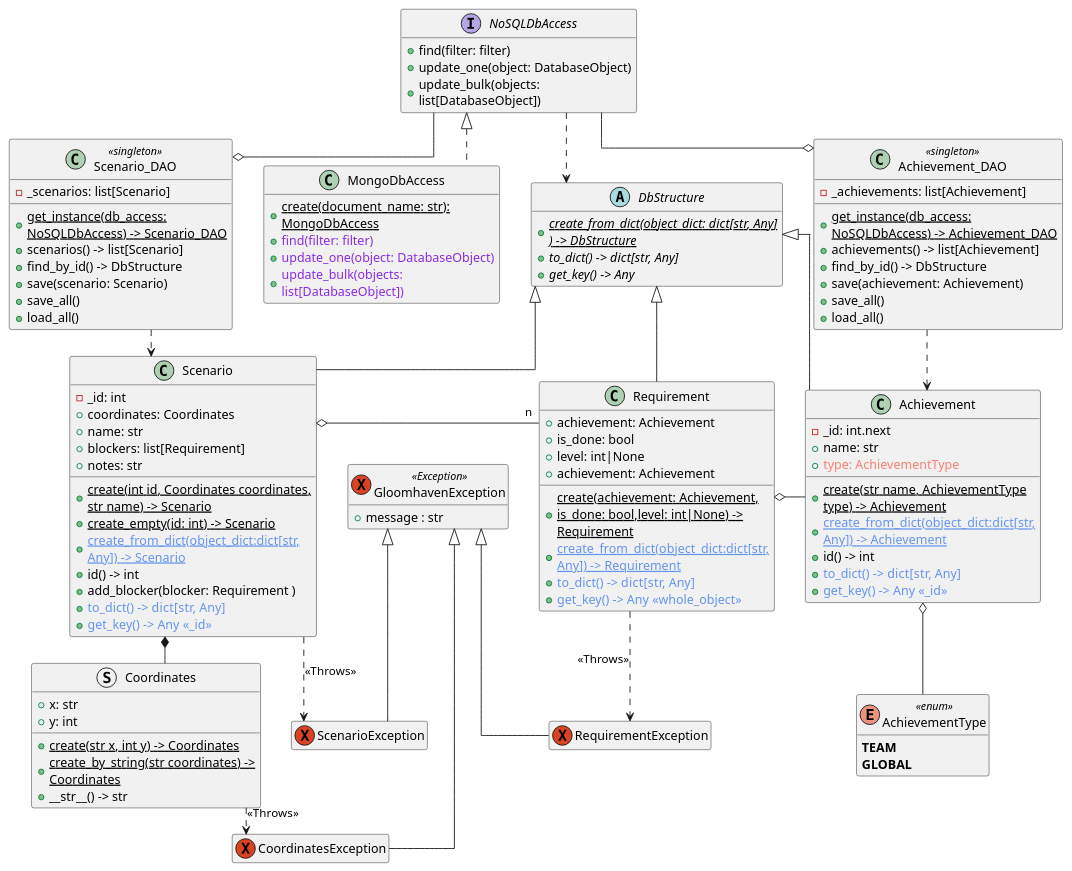
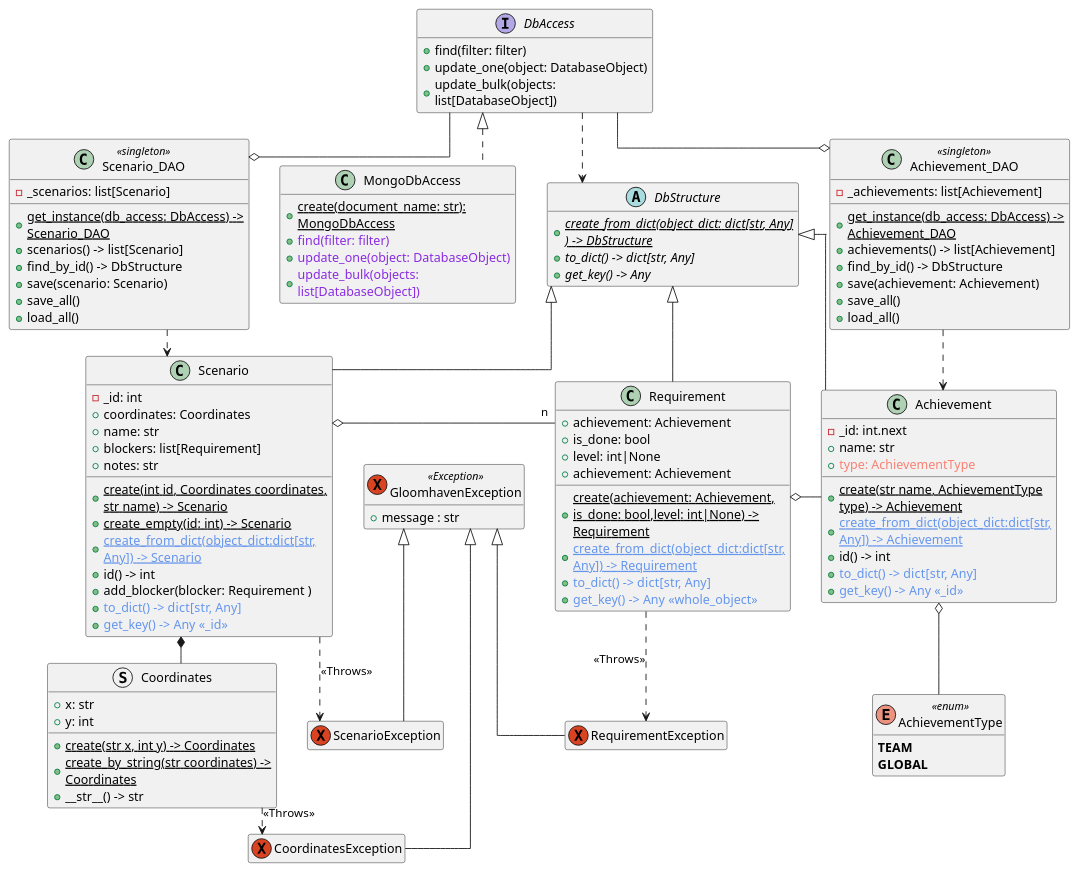
The diagram in gloomhaven_pckg.wsd (DeXo2940/gloomhavenMapMapper), drawn with PlantUML before and after one commit.

Commit message:
Name change in the UML

```diff
--- a/gloomhaven_pckg.wsd
+++ b/gloomhaven_pckg.wsd
@@ -1,137 +1,137 @@
 @startuml GloomhavenUML
     hide empty members
     skinparam {
         linetype ortho
         wrapWidth 260
         ' default 60, line length
         ranksep 30
         ' default 35, separation of boxes
         nodesep 35
     }
     
     abstract DbStructure {
         +{abstract}{static}create_from_dict(object_dict: dict[str, Any] ) -> DbStructure 
         +{abstract}to_dict() -> dict[str, Any]
         +{abstract}get_key() -> Any
     }
 
     class Scenario extends DbStructure{
         -_id: int
         +coordinates: Coordinates
         +name: str 
         +blockers: list[Requirement]
         +notes: str
 
         +{static}create(int id, Coordinates coordinates, str name) -> Scenario
         +{static}create_empty(id: int) -> Scenario
         +<color:#CornflowerBlue>{static}create_from_dict(object_dict:dict[str, Any]) -> Scenario
         +id() -> int 
         +add_blocker(blocker: Requirement )
         +<color:#CornflowerBlue>to_dict() -> dict[str, Any]
         +<color:#CornflowerBlue>get_key() -> Any <<_id>>
     } 
 
     struct Coordinates {
         +x: str
         +y: int
 
         +{static}create(str x, int y) -> Coordinates
         +{static}create_by_string(str coordinates) -> Coordinates
         +__str__() -> str
     }
 
     class Requirement extends DbStructure {
         +achievement: Achievement 
         +is_done: bool 
         +level: int|None 
         +achievement: Achievement
 
         +{static}create(achievement: Achievement, is_done: bool,level: int|None) -> Requirement
         +<color:#CornflowerBlue>{static}create_from_dict(object_dict:dict[str, Any]) -> Requirement
         +<color:#CornflowerBlue>to_dict() -> dict[str, Any]
         +<color:#CornflowerBlue>get_key() -> Any <<whole_object>>
     }
 
     class Achievement extends DbStructure{
         -_id: int.next
         +name: str
         +<color:#Salmon>type: AchievementType
 
         +{static}create(str name, AchievementType type) -> Achievement
         +<color:#CornflowerBlue>{static}create_from_dict(object_dict:dict[str, Any]) -> Achievement
         +id() -> int
         +<color:#CornflowerBlue>to_dict() -> dict[str, Any]
         +<color:#CornflowerBlue>get_key() -> Any <<_id>>
     }
         
     Enum AchievementType <<enum>> {
         **TEAM**
         **GLOBAL**
     }
 
-    interface NoSQLDbAccess{
+    interface DbAccess{
         +find(filter: filter)
         +update_one(object: DatabaseObject)
         +update_bulk(objects: list[DatabaseObject])
     }
 
-    class MongoDbAccess implements NoSQLDbAccess{
+    class MongoDbAccess implements DbAccess{
         +{static}create(document_name: str): MongoDbAccess
         +<color:#BlueViolet>find(filter: filter)
         +<color:#BlueViolet>update_one(object: DatabaseObject)
         +<color:#BlueViolet>update_bulk(objects: list[DatabaseObject])
     }
 
     class Scenario_DAO <<singleton>> {
         -_scenarios: list[Scenario]
         
-        +{static}get_instance(db_access: NoSQLDbAccess) -> Scenario_DAO
+        +{static}get_instance(db_access: DbAccess) -> Scenario_DAO
         +scenarios() -> list[Scenario]
         +find_by_id() -> DbStructure
         +save(scenario: Scenario)
         +save_all()
         +load_all()
     }
 
     class Achievement_DAO <<singleton>> {
         -_achievements: list[Achievement]
         
-        +{static}get_instance(db_access: NoSQLDbAccess) -> Achievement_DAO
+        +{static}get_instance(db_access: DbAccess) -> Achievement_DAO
         +achievements() -> list[Achievement]
         +find_by_id() -> DbStructure
         +save(achievement: Achievement)
         +save_all()
         +load_all()
     }
 
     exception GloomhavenException <<Exception>>{
         +message : str
     }
     exception CoordinatesException extends GloomhavenException
     exception RequirementException extends GloomhavenException
     exception ScenarioException extends GloomhavenException
     
     'Dependency
-    NoSQLDbAccess ..> DbStructure
+    DbAccess ..> DbStructure
        
     Achievement_DAO ..> Achievement
     Scenario_DAO ..> Scenario
 
     Requirement ..> RequirementException : <<Throws>>
     Coordinates ..> CoordinatesException : <<Throws>>
     Scenario ..> ScenarioException : <<Throws>>
 
-    NoSQLDbAccess --o Scenario_DAO
-    NoSQLDbAccess --o Achievement_DAO
+    DbAccess --o Scenario_DAO
+    DbAccess --o Achievement_DAO
 
     Achievement o-- AchievementType
     ' AchievementType --o Achievement
 
     Scenario *-- Coordinates
     ' Coordinates --* Scenario
 
     Scenario  o- "n" Requirement
     Requirement o- Achievement
     ' Achievement --o Requirement
 
 @enduml
```
